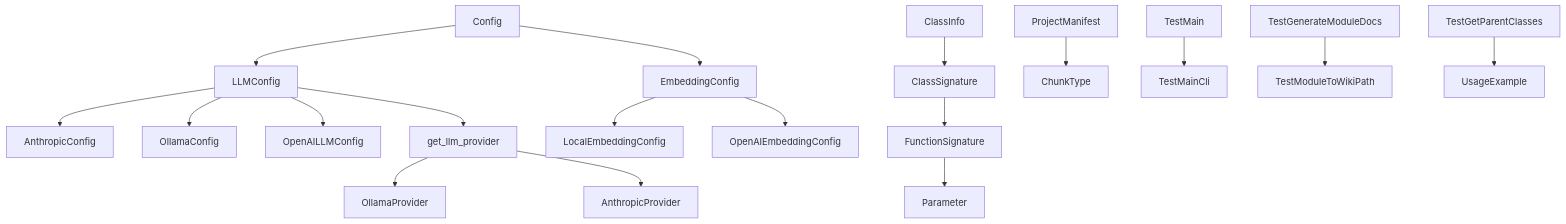
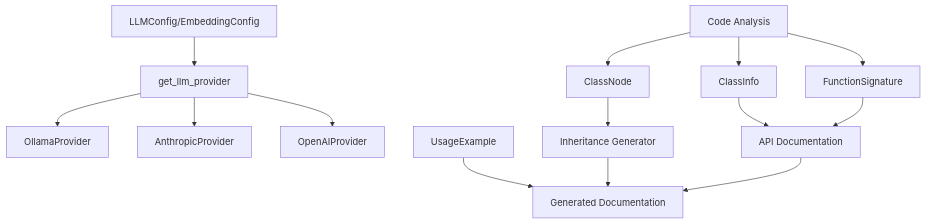
One commit to UrbanDiver/local-deepwiki-mcp changed the first of 4 diagrams in .deepwiki/architecture.md. Above: the diagram before and after it, drawn with Mermaid. The commit also changed other lines of this file and 56 other files, not shown here.

First line of the commit message:
Regenerate wiki with inheritance, glossary, and coverage pages

````diff
--- a/.deepwiki/architecture.md
+++ b/.deepwiki/architecture.md
@@ -65,27 +45,19 @@
 ```mermaid
 graph TB
-    Config --> LLMConfig
-    Config --> EmbeddingConfig
+    Config[LLMConfig/EmbeddingConfig] --> Factory[get_llm_provider]
+    Factory --> Ollama[OllamaProvider]
+    Factory --> Anthropic[AnthropicProvider]
+    Factory --> OpenAI[OpenAIProvider]
     
-    LLMConfig --> AnthropicConfig
-    LLMConfig --> OllamaConfig  
-    LLMConfig --> OpenAILLMConfig
+    CodeAnalysis[Code Analysis] --> ClassNode
+    CodeAnalysis --> ClassInfo
+    CodeAnalysis --> FunctionSignature
     
-    EmbeddingConfig --> LocalEmbeddingConfig
-    EmbeddingConfig --> OpenAIEmbeddingConfig
+    ClassNode --> InheritanceDiagram[Inheritance Generator]
+    ClassInfo --> APIDoc[API Documentation]
+    FunctionSignature --> APIDoc
     
-    get_llm_provider --> OllamaProvider
-    get_llm_provider --> AnthropicProvider
-    
-    LLMConfig --> get_llm_provider
-    
-    ClassInfo --> ClassSignature
-    ClassSignature --> FunctionSignature
-    FunctionSignature --> Parameter
-    
-    ProjectManifest --> ChunkType
-    
-    TestMain --> TestMainCli
-    TestGenerateModuleDocs --> TestModuleToWikiPath
-    TestGetParentClasses --> UsageExample
+    UsageExample --> Documentation[Generated Documentation]
+    InheritanceDiagram --> Documentation
+    APIDoc --> Documentation
 ```
````
